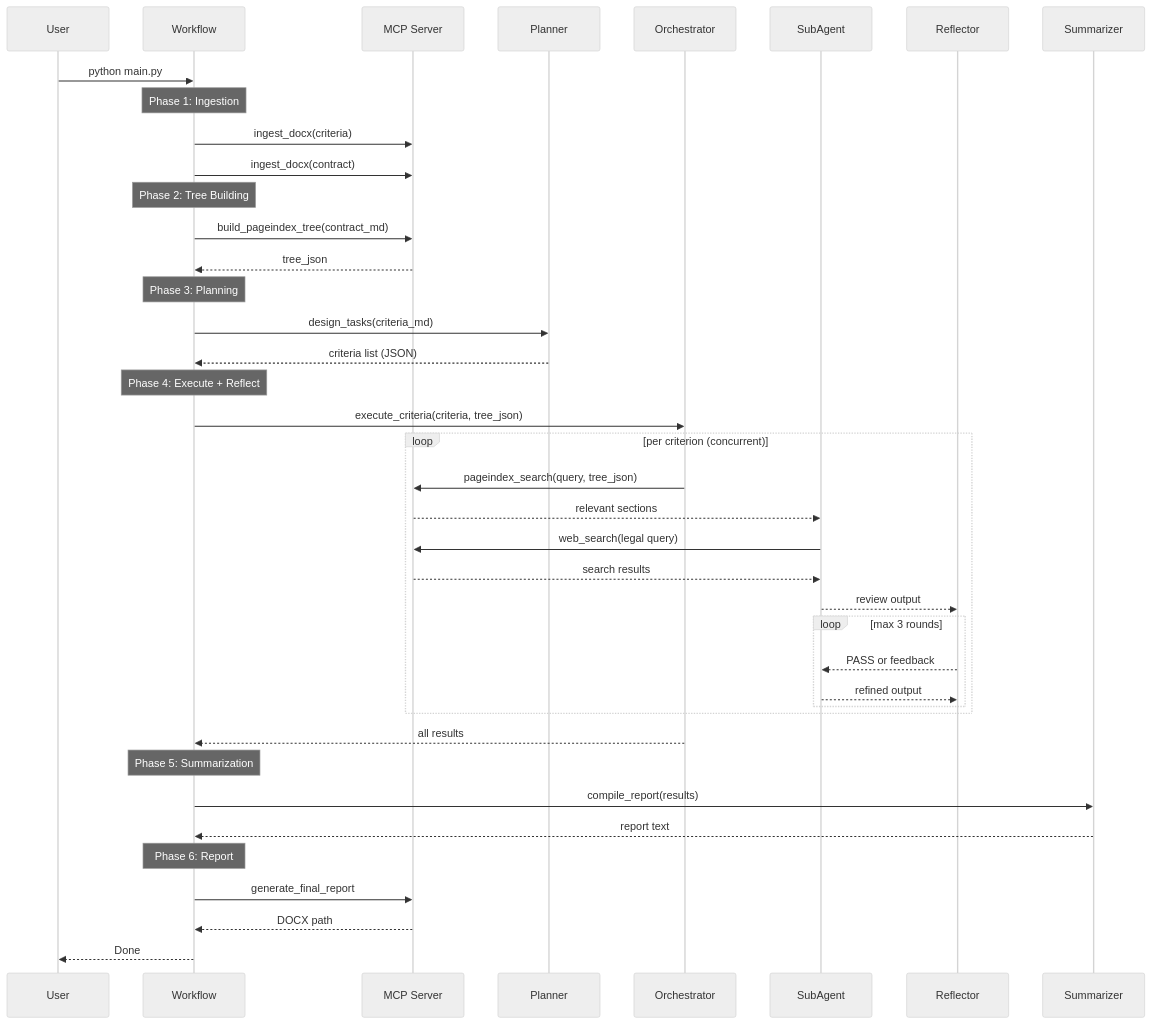
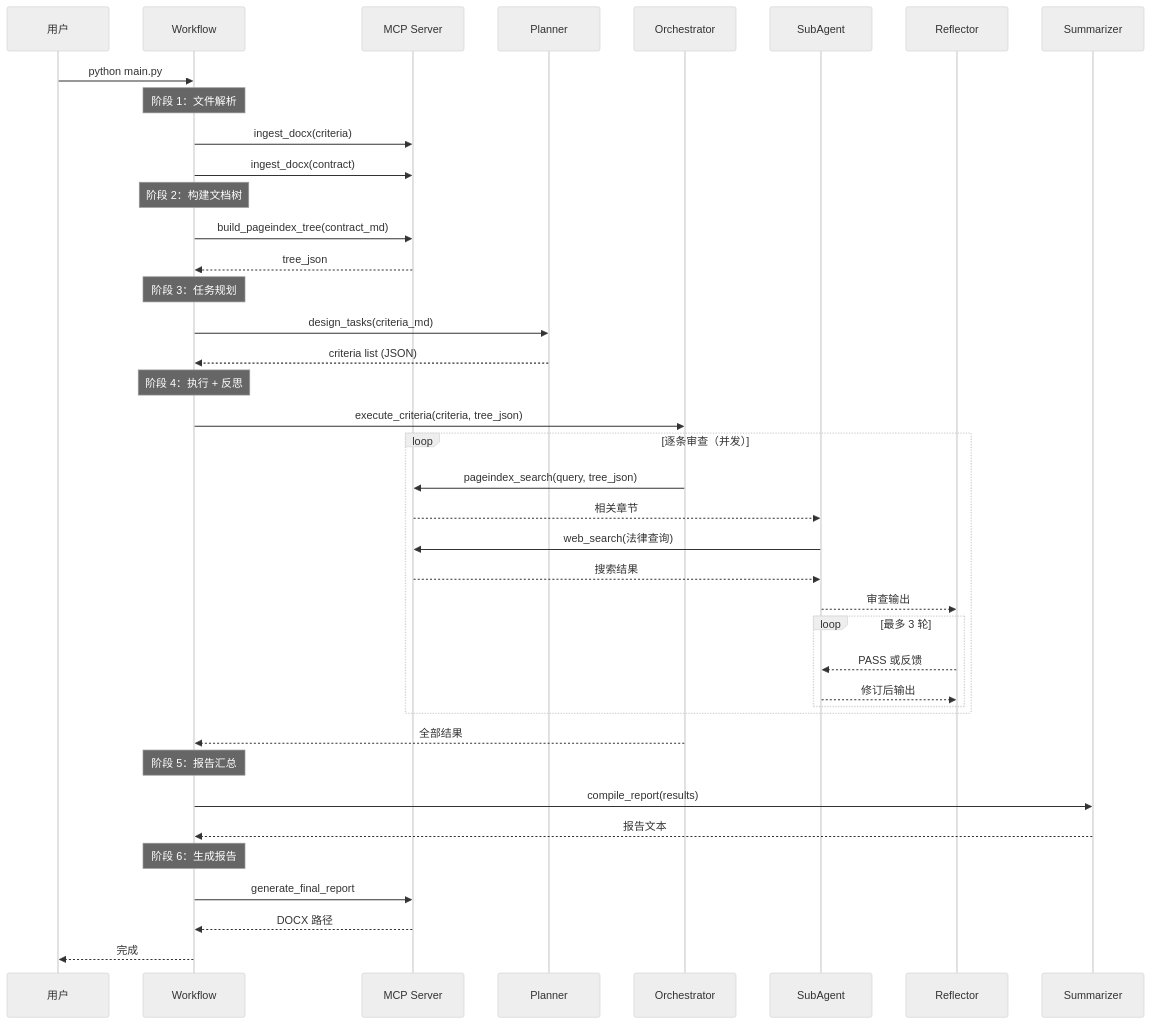
One commit to HoeTee/contract_agent changed the second of 6 diagrams in project_intro/ARCHITECTURE.md. Above: the diagram before and after it, drawn with Mermaid (neutral theme). The commit also changed other lines of this file and 4571 other files, not shown here.

````diff
--- a/project_intro/ARCHITECTURE.md
+++ b/project_intro/ARCHITECTURE.md
@@ -85,52 +85,52 @@
 ```mermaid
 sequenceDiagram
-    participant U as User
+    participant U as 用户
     participant W as Workflow
     participant MCP as MCP Server
     participant P as Planner
     participant O as Orchestrator
     participant S as SubAgent
     participant R as Reflector
     participant SM as Summarizer
 
     U->>W: python main.py
 
-    Note over W: Phase 1: Ingestion
+    Note over W: 阶段 1：文件解析
     W->>MCP: ingest_docx(criteria)
     W->>MCP: ingest_docx(contract)
 
-    Note over W: Phase 2: Tree Building
+    Note over W: 阶段 2：构建文档树
     W->>MCP: build_pageindex_tree(contract_md)
     MCP-->>W: tree_json
 
-    Note over W: Phase 3: Planning
+    Note over W: 阶段 3：任务规划
     W->>P: design_tasks(criteria_md)
     P-->>W: criteria list (JSON)
 
-    Note over W: Phase 4: Execute + Reflect
+    Note over W: 阶段 4：执行 + 反思
     W->>O: execute_criteria(criteria, tree_json)
 
-    loop per criterion (concurrent)
+    loop 逐条审查（并发）
         O->>MCP: pageindex_search(query, tree_json)
-        MCP-->>S: relevant sections
-        S->>MCP: web_search(legal query)
-        MCP-->>S: search results
-        S-->>R: review output
+        MCP-->>S: 相关章节
+        S->>MCP: web_search(法律查询)
+        MCP-->>S: 搜索结果
+        S-->>R: 审查输出
 
-        loop max 3 rounds
-            R-->>S: PASS or feedback
-            S-->>R: refined output
+        loop 最多 3 轮
+            R-->>S: PASS 或反馈
+            S-->>R: 修订后输出
         end
     end
 
-    O-->>W: all results
+    O-->>W: 全部结果
 
-    Note over W: Phase 5: Summarization
+    Note over W: 阶段 5：报告汇总
     W->>SM: compile_report(results)
-    SM-->>W: report text
+    SM-->>W: 报告文本
 
-    Note over W: Phase 6: Report
+    Note over W: 阶段 6：生成报告
     W->>MCP: generate_final_report
-    MCP-->>W: DOCX path
-    W-->>U: Done
+    MCP-->>W: DOCX 路径
+    W-->>U: 完成
 ```
````
